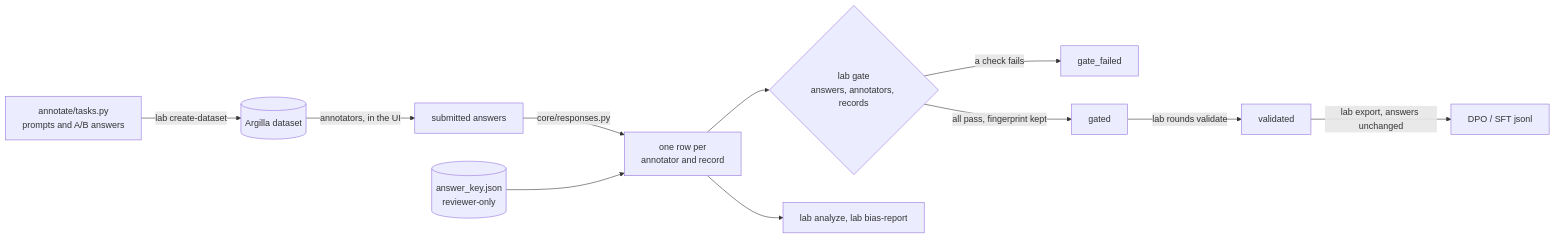
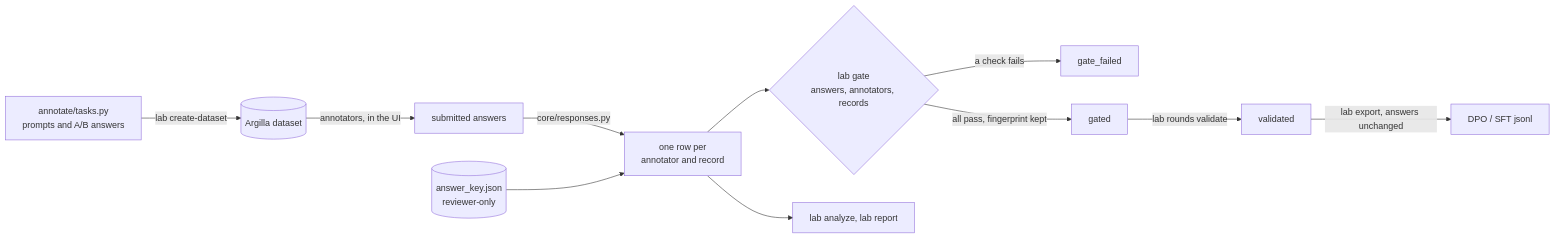
Before and after one commit to Takewkat/argilla-lab: the first of 3 diagrams in README.md, drawn with Mermaid. The commit also changed other lines of this file and 15 other files, not shown here.

````diff
--- a/README.md
+++ b/README.md
@@ -31,13 +34,13 @@
 ```mermaid
 flowchart LR
     tasks["annotate/tasks.py<br/>prompts and A/B answers"] -->|"lab create-dataset"| argilla[("Argilla dataset")]
     argilla -->|"annotators, in the UI"| answers["submitted answers"]
     answers -->|"core/responses.py"| frame["one row per<br/>annotator and record"]
     key[("answer_key.json<br/>reviewer-only")] --> frame
     frame --> gate{"lab gate<br/>answers, annotators, records"}
     gate -->|"a check fails"| failed["gate_failed"]
     gate -->|"all pass, fingerprint kept"| gated["gated"]
     gated -->|"lab rounds validate"| validated["validated"]
     validated -->|"lab export, answers unchanged"| training["DPO / SFT jsonl"]
-    frame --> reports["lab analyze, lab bias-report"]
+    frame --> reports["lab analyze, lab report"]
 ```
````
